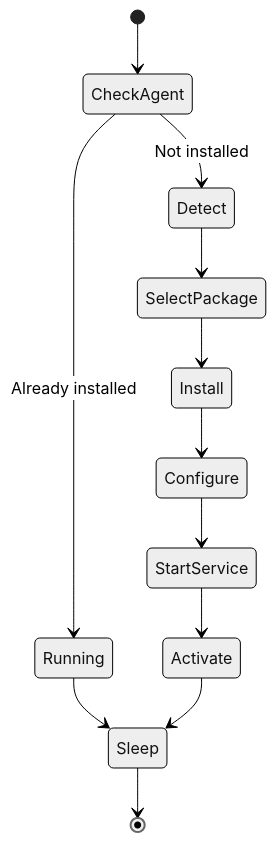
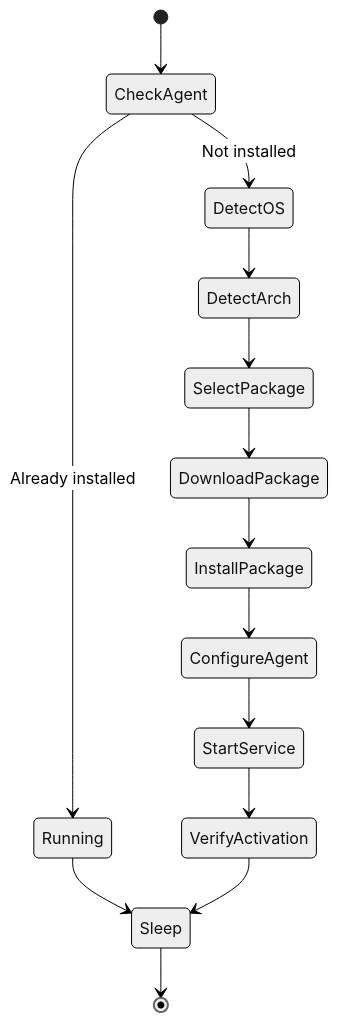
The second of 3 diagrams in blog-post.md (nelssec/qualys-ca-helm), drawn with Mermaid (neutral theme) before and after one commit. The commit also changed other lines of this file, not shown here.

````diff
--- a/blog-post.md
+++ b/blog-post.md
@@ -124,15 +107,17 @@
 ```mermaid
 stateDiagram-v2
     [*] --> CheckAgent
     CheckAgent --> Running: Already installed
-    CheckAgent --> Detect: Not installed
+    CheckAgent --> DetectOS: Not installed
     Running --> Sleep
 
-    Detect --> SelectPackage
-    SelectPackage --> Install
-    Install --> Configure
-    Configure --> StartService
-    StartService --> Activate
-    Activate --> Sleep
+    DetectOS --> DetectArch
+    DetectArch --> SelectPackage
+    SelectPackage --> DownloadPackage
+    DownloadPackage --> InstallPackage
+    InstallPackage --> ConfigureAgent
+    ConfigureAgent --> StartService
+    StartService --> VerifyActivation
+    VerifyActivation --> Sleep
     Sleep --> [*]
 ```
````
